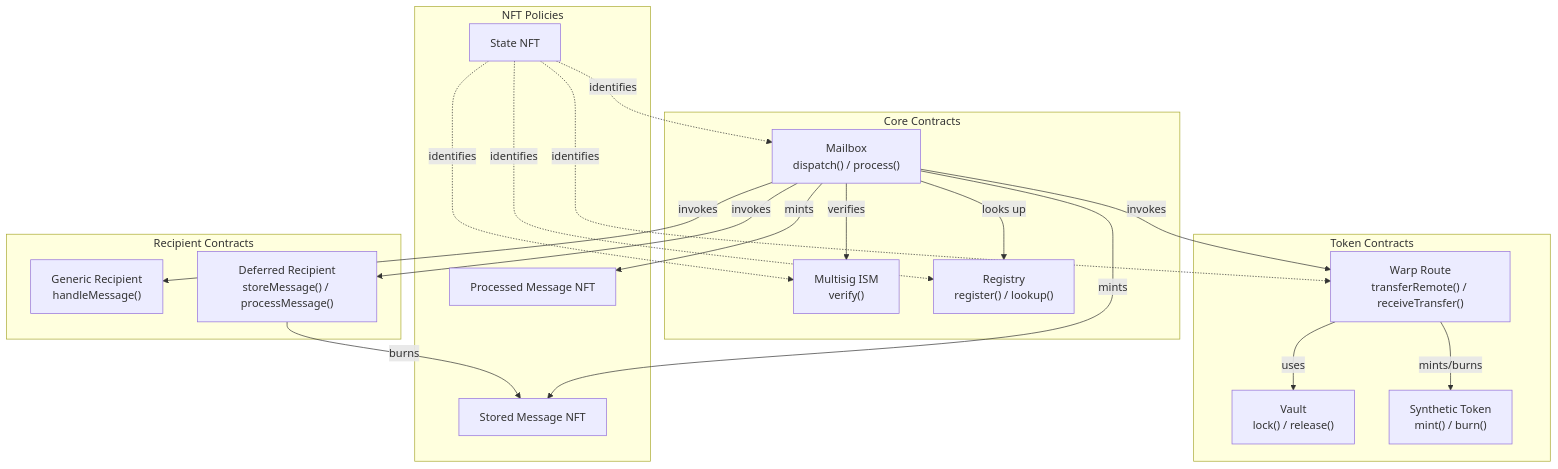
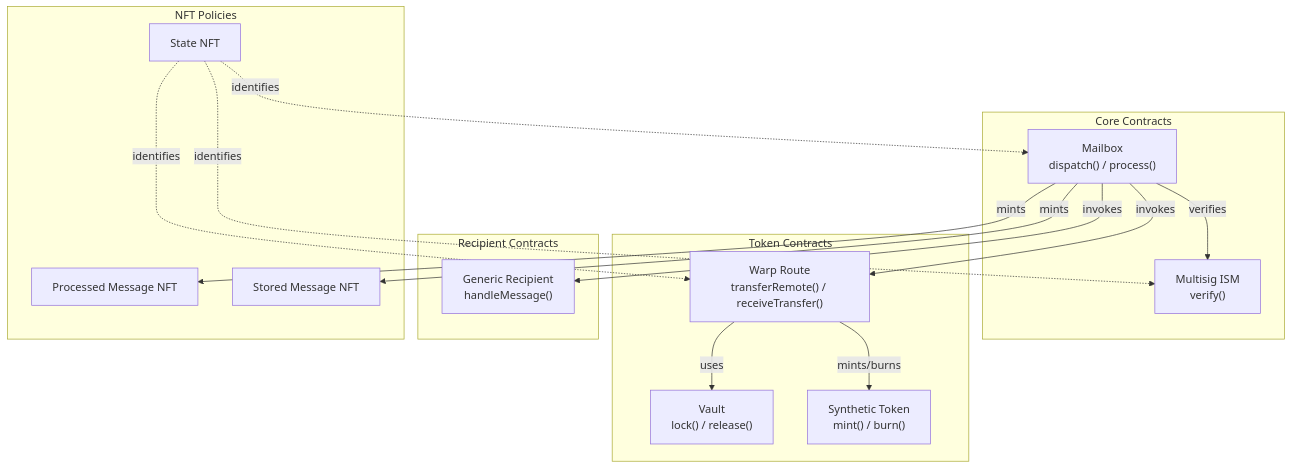
Diagram 11 of 13 in cardano/docs/DESIGN.md (eigerco/hyperlane-monorepo), drawn with Mermaid before and after one commit. The commit also changed other lines of this file and 7 other files, not shown here.

````diff
--- a/cardano/docs/DESIGN.md
+++ b/cardano/docs/DESIGN.md
@@ -546,43 +523,37 @@
 ```mermaid
 flowchart TB
     subgraph Core["Core Contracts"]
         MB["Mailbox<br/>dispatch() / process()"]
         ISM["Multisig ISM<br/>verify()"]
-        REG["Registry<br/>register() / lookup()"]
     end
 
     subgraph Tokens["Token Contracts"]
         WR["Warp Route<br/>transferRemote() / receiveTransfer()"]
         VAULT["Vault<br/>lock() / release()"]
         SYNTH["Synthetic Token<br/>mint() / burn()"]
     end
 
     subgraph Recipients["Recipient Contracts"]
         GEN["Generic Recipient<br/>handleMessage()"]
-        DEF["Deferred Recipient<br/>storeMessage() / processMessage()"]
     end
 
     subgraph NFTs["NFT Policies"]
         STATE["State NFT"]
         PROC["Processed Message NFT"]
         STORED["Stored Message NFT"]
     end
 
     MB -->|"verifies"| ISM
-    MB -->|"looks up"| REG
     MB -->|"invokes"| GEN
-    MB -->|"invokes"| DEF
     MB -->|"invokes"| WR
 
     WR -->|"uses"| VAULT
     WR -->|"mints/burns"| SYNTH
 
     MB -->|"mints"| PROC
     MB -->|"mints"| STORED
-    DEF -->|"burns"| STORED
 
     STATE -.->|"identifies"| MB
     STATE -.->|"identifies"| ISM
-    STATE -.->|"identifies"| REG
     STATE -.->|"identifies"| WR
 ```
````
